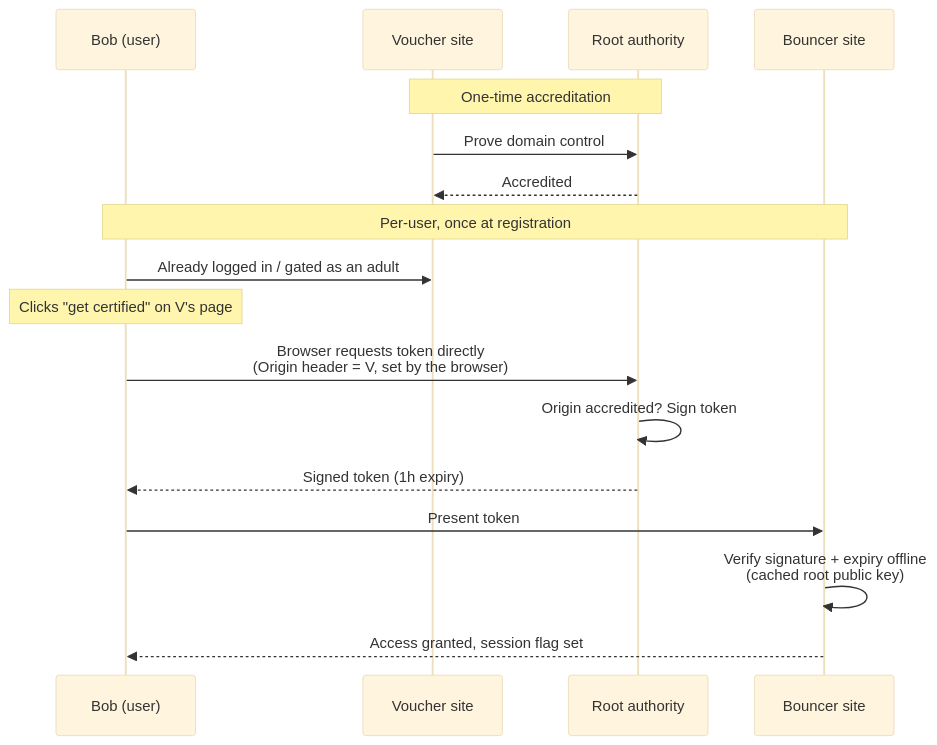
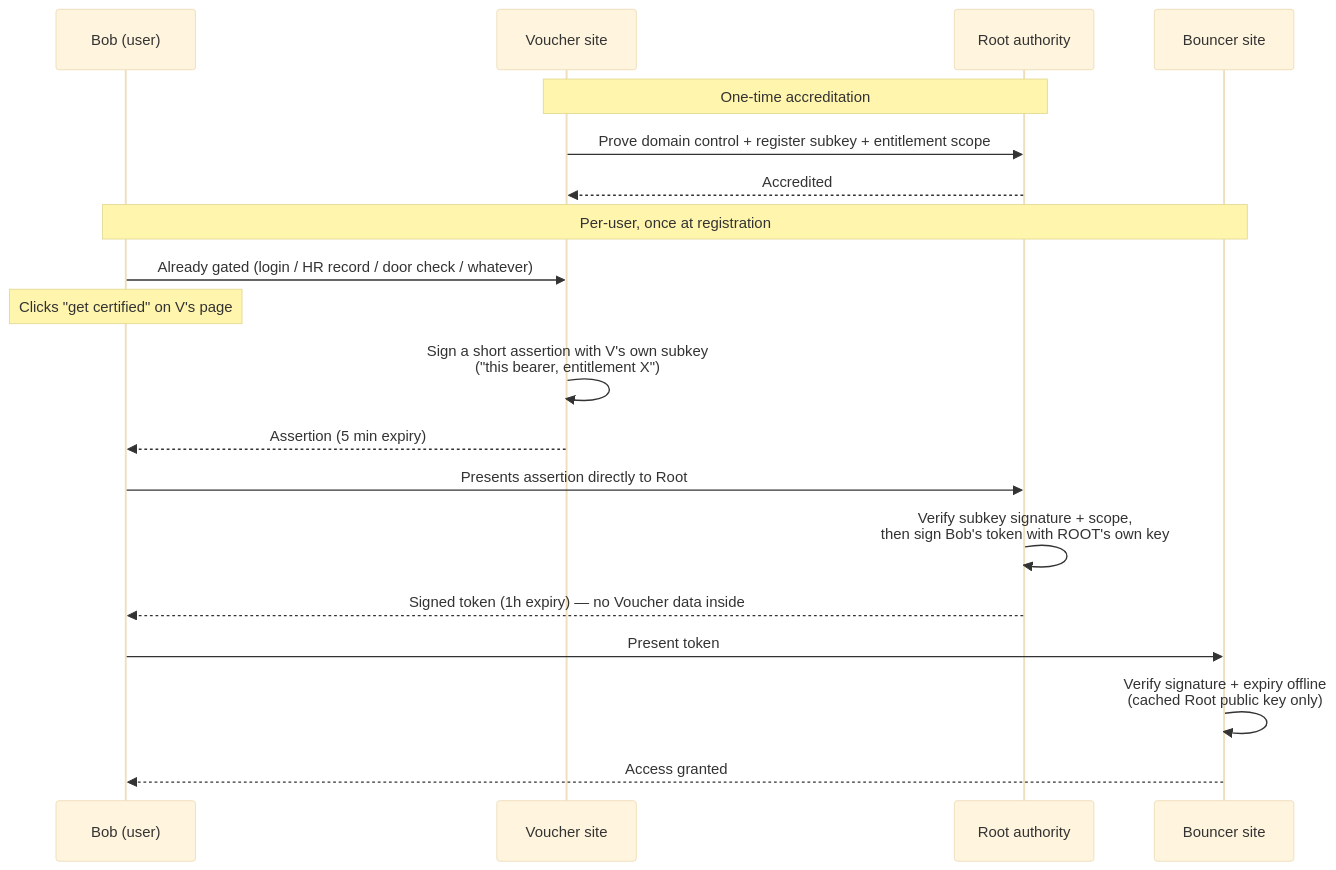
One commit to idltd/AgeVerify changed the diagram in README.md. Above: the diagram before and after it, drawn with Mermaid (base theme). The commit also changed other lines of this file and 9 other files, not shown here.

First line of the commit message:
Rework flow: Voucher signs its own subkey assertion, Root mints Bob's token

````diff
--- a/README.md
+++ b/README.md
@@ -25,21 +35,23 @@
 ```mermaid
 sequenceDiagram
     participant B as Bob (user)
     participant V as Voucher site
     participant R as Root authority
     participant Bn as Bouncer site
 
     Note over V,R: One-time accreditation
-    V->>R: Prove domain control
+    V->>R: Prove domain control + register subkey + entitlement scope
     R-->>V: Accredited
 
     Note over B,Bn: Per-user, once at registration
-    B->>V: Already logged in / gated as an adult
+    B->>V: Already gated (login / HR record / door check / whatever)
     Note over B: Clicks "get certified" on V's page
-    B->>R: Browser requests token directly<br/>(Origin header = V, set by the browser)
-    R->>R: Origin accredited? Sign token
-    R-->>B: Signed token (1h expiry)
+    V->>V: Sign a short assertion with V's own subkey<br/>("this bearer, entitlement X")
+    V-->>B: Assertion (5 min expiry)
+    B->>R: Presents assertion directly to Root
+    R->>R: Verify subkey signature + scope,<br/>then sign Bob's token with ROOT's own key
+    R-->>B: Signed token (1h expiry) — no Voucher data inside
     B->>Bn: Present token
-    Bn->>Bn: Verify signature + expiry offline<br/>(cached root public key)
-    Bn-->>B: Access granted, session flag set
+    Bn->>Bn: Verify signature + expiry offline<br/>(cached Root public key only)
+    Bn-->>B: Access granted
 ```
````
